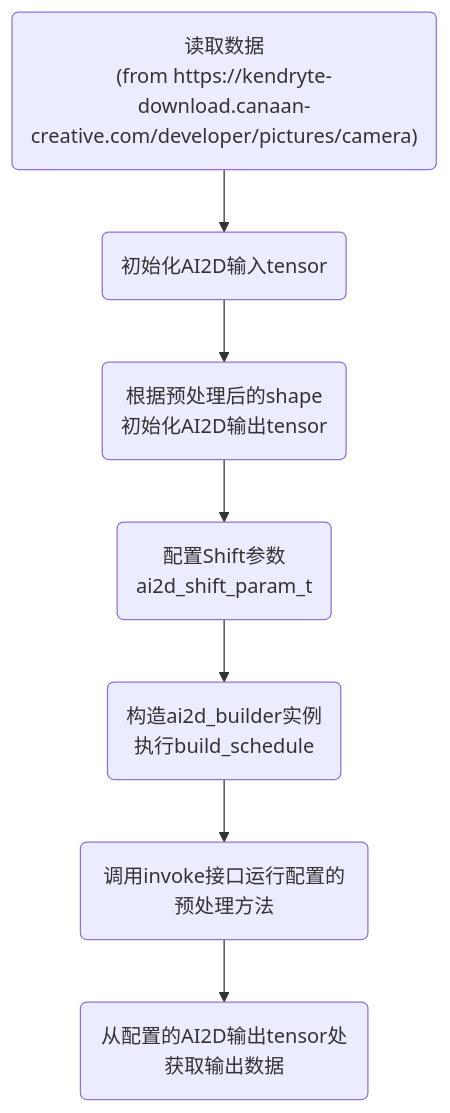
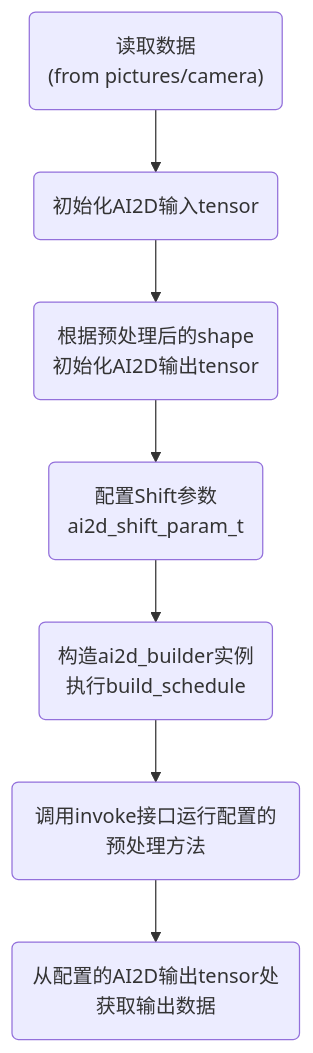
The fifth of 5 diagrams in zh/app_develop_guide/ai/ai2d.md (kendryte/k230_rtos_docs), drawn with Mermaid before and after one commit. The commit also changed other lines of this file, not shown here.

```diff
--- a/zh/app_develop_guide/ai/ai2d.md
+++ b/zh/app_develop_guide/ai/ai2d.md
@@ -409,4 +409,4 @@
 <div class="mermaid">
 graph TD;
-    ReadData("读取数据<br>(from https://kendryte-download.canaan-creative.com/developer/pictures/camera)") -->SetInput("初始化AI2D输入tensor")-->SetOutput("根据预处理后的shape<br>初始化AI2D输出tensor")-->SetParam("配置Shift参数<br>ai2d_shift_param_t")-->InitBuilder("构造ai2d_builder实例<br>执行build_schedule")-->Run("调用invoke接口运行配置的预处理方法")-->GetOutput("从配置的AI2D输出tensor处获取输出数据");
+    ReadData("读取数据<br>(from pictures/camera)") -->SetInput("初始化AI2D输入tensor")-->SetOutput("根据预处理后的shape<br>初始化AI2D输出tensor")-->SetParam("配置Shift参数<br>ai2d_shift_param_t")-->InitBuilder("构造ai2d_builder实例<br>执行build_schedule")-->Run("调用invoke接口运行配置的预处理方法")-->GetOutput("从配置的AI2D输出tensor处获取输出数据");
 </div>
```
